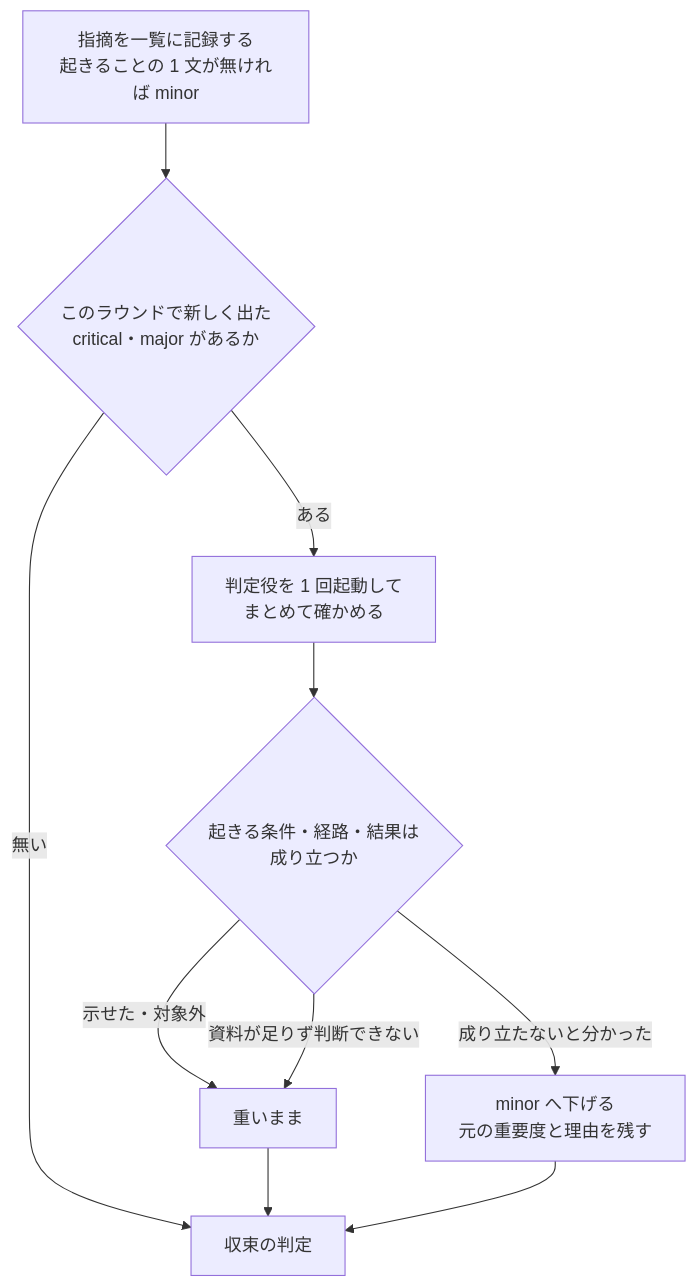
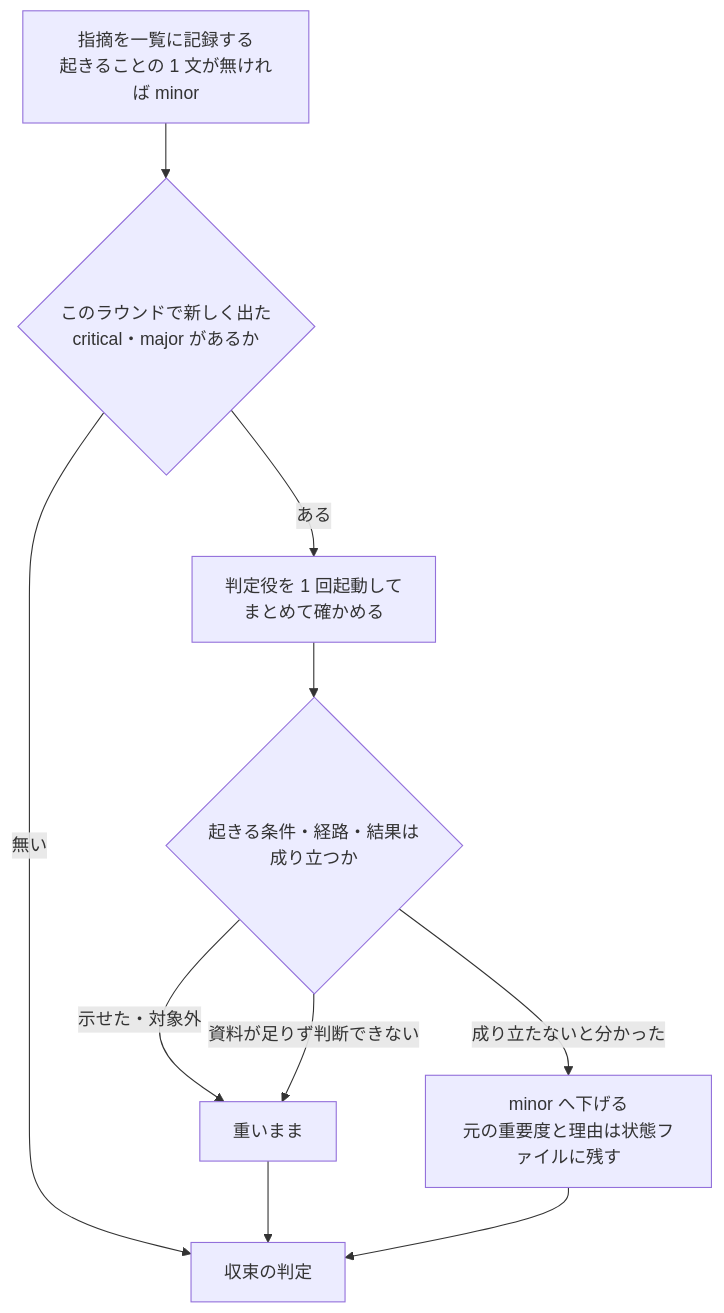
The second of 3 diagrams in issues/issue-4363-design.md (devbasex/ai-plugins), drawn with Mermaid before and after one commit. The commit also changed other lines of this file and 5 other files, not shown here.

````diff
--- a/issues/issue-4363-design.md
+++ b/issues/issue-4363-design.md
@@ -30,12 +30,12 @@
 ```mermaid
 flowchart TD
     A[指摘を一覧に記録する<br>起きることの 1 文が無ければ minor] --> B{このラウンドで新しく出た<br>critical・major があるか}
     B -->|無い| F[収束の判定]
     B -->|ある| C[判定役を 1 回起動して<br>まとめて確かめる]
     C --> D{起きる条件・経路・結果は<br>成り立つか}
     D -->|示せた・対象外| E[重いまま]
-    D -->|成り立たないと分かった| G[minor へ下げる<br>元の重要度と理由を残す]
+    D -->|成り立たないと分かった| G[minor へ下げる<br>元の重要度と理由は状態ファイルに残す]
     D -->|資料が足りず判断できない| E
     E --> F
     G --> F
 ```
````
